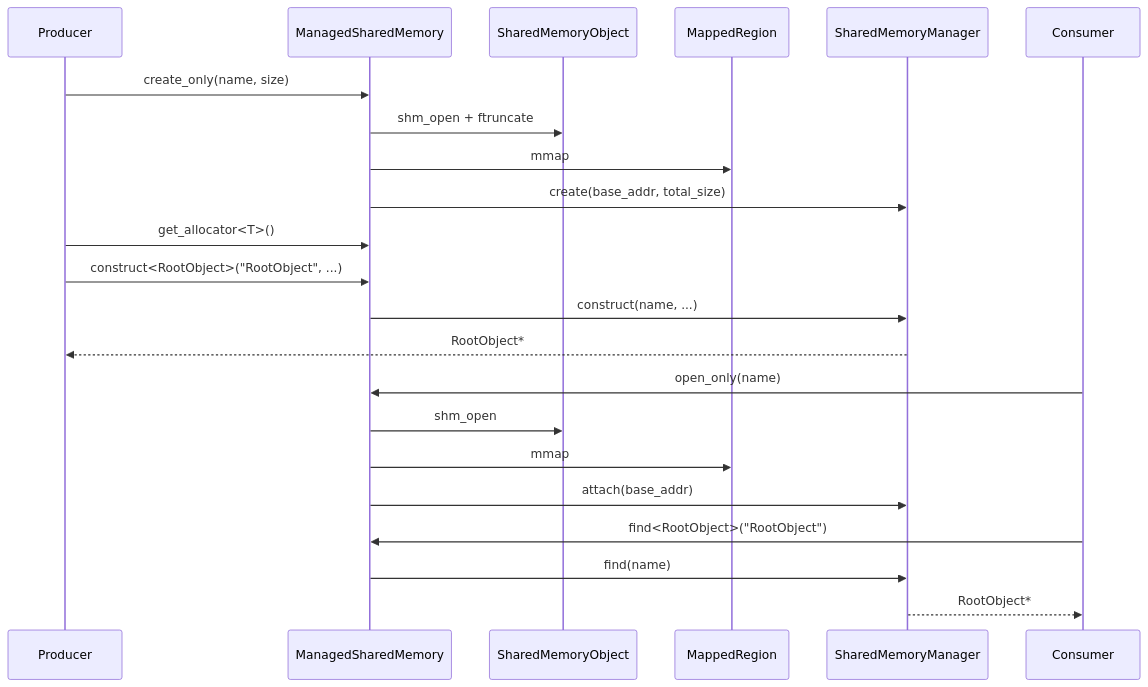
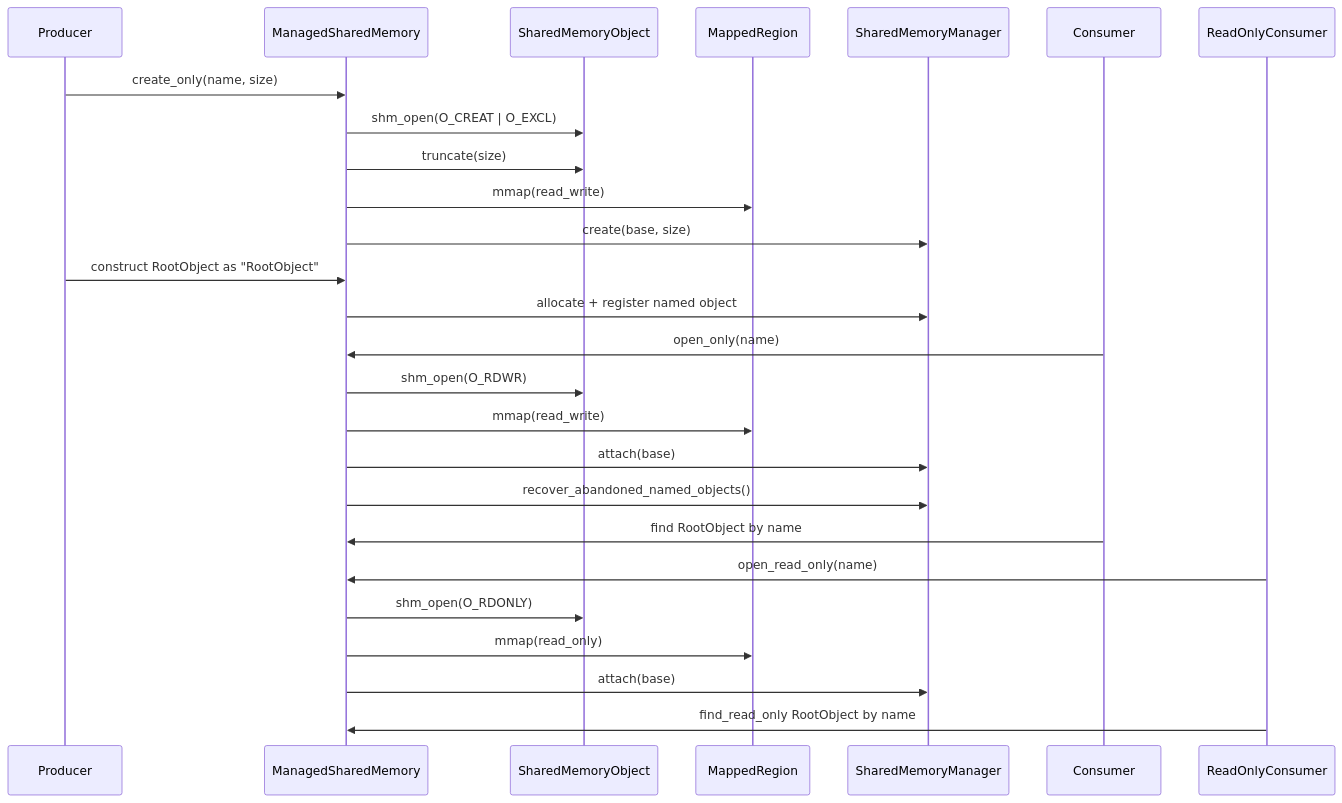
One commit to silencewings1/shm_next changed the third of 7 diagrams in README.md. Above: the diagram before and after it, drawn with Mermaid. The commit also changed other lines of this file and 8 other files, not shown here.

````diff
--- a/README.md
+++ b/README.md
@@ -111,26 +163,31 @@
 ```mermaid
 sequenceDiagram
-    participant Producer
-    participant ManagedSHM as ManagedSharedMemory
-    participant ShmObj as SharedMemoryObject
-    participant Region as MappedRegion
-    participant Manager as SharedMemoryManager
-    participant Consumer
+    participant P as Producer
+    participant M as ManagedSharedMemory
+    participant S as SharedMemoryObject
+    participant R as MappedRegion
+    participant SM as SharedMemoryManager
+    participant C as Consumer
+    participant RO as ReadOnlyConsumer
 
-    Producer->>ManagedSHM: create_only(name, size)
-    ManagedSHM->>ShmObj: shm_open + ftruncate
-    ManagedSHM->>Region: mmap
-    ManagedSHM->>Manager: create(base_addr, total_size)
-    Producer->>ManagedSHM: get_allocator<T>()
-    Producer->>ManagedSHM: construct<RootObject>("RootObject", ...)
-    ManagedSHM->>Manager: construct(name, ...)
-    Manager-->>Producer: RootObject*
+    P->>M: create_only(name, size)
+    M->>S: shm_open(O_CREAT | O_EXCL)
+    M->>S: truncate(size)
+    M->>R: mmap(read_write)
+    M->>SM: create(base, size)
+    P->>M: construct RootObject as "RootObject"
+    M->>SM: allocate + register named object
 
-    Consumer->>ManagedSHM: open_only(name)
-    ManagedSHM->>ShmObj: shm_open
-    ManagedSHM->>Region: mmap
-    ManagedSHM->>Manager: attach(base_addr)
-    Consumer->>ManagedSHM: find<RootObject>("RootObject")
-    ManagedSHM->>Manager: find(name)
-    Manager-->>Consumer: RootObject*
+    C->>M: open_only(name)
+    M->>S: shm_open(O_RDWR)
+    M->>R: mmap(read_write)
+    M->>SM: attach(base)
+    M->>SM: recover_abandoned_named_objects()
+    C->>M: find RootObject by name
+
+    RO->>M: open_read_only(name)
+    M->>S: shm_open(O_RDONLY)
+    M->>R: mmap(read_only)
+    M->>SM: attach(base)
+    RO->>M: find_read_only RootObject by name
 ```
````
